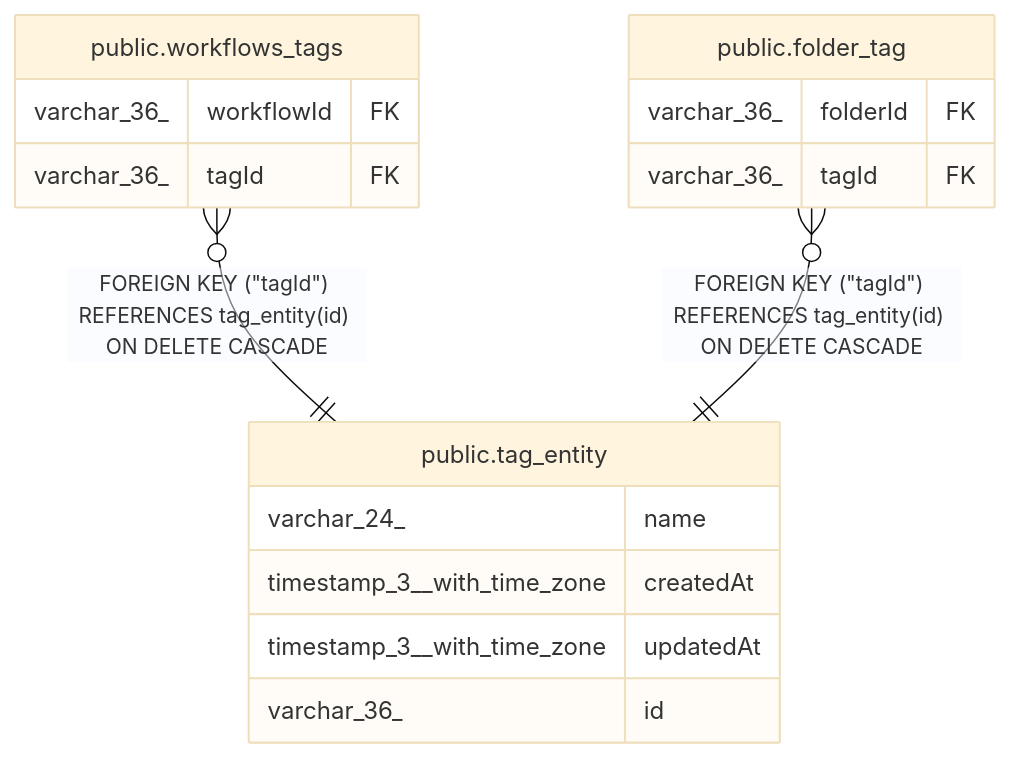
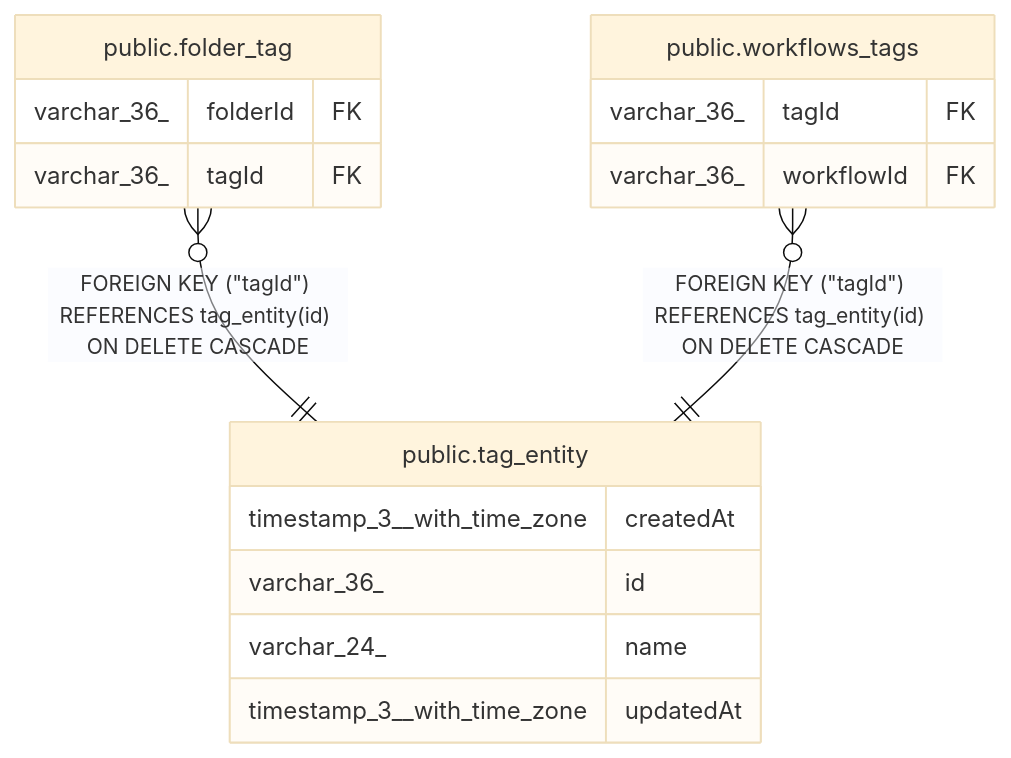
One commit to mayankjain1815-commits/n8n changed the diagram in docs/generated/postgres-schema/public.tag_entity.md. Above: the diagram before and after it, drawn with Mermaid (base theme). The commit also changed other lines of this file and 221 other files, not shown here.

Commit message:
chore(core): Make DB schema docs generation deterministic (#32373)

````diff
--- a/docs/generated/postgres-schema/public.tag_entity.md
+++ b/docs/generated/postgres-schema/public.tag_entity.md
@@ -32,21 +32,21 @@
 ```mermaid
 erDiagram
 
+"public.folder_tag" }o--|| "public.tag_entity" : "FOREIGN KEY (#quot;tagId#quot;) REFERENCES tag_entity(id) ON DELETE CASCADE"
 "public.workflows_tags" }o--|| "public.tag_entity" : "FOREIGN KEY (#quot;tagId#quot;) REFERENCES tag_entity(id) ON DELETE CASCADE"
-"public.folder_tag" }o--|| "public.tag_entity" : "FOREIGN KEY (#quot;tagId#quot;) REFERENCES tag_entity(id) ON DELETE CASCADE"
 
 "public.tag_entity" {
+  timestamp_3__with_time_zone createdAt
+  varchar_36_ id
   varchar_24_ name
-  timestamp_3__with_time_zone createdAt
   timestamp_3__with_time_zone updatedAt
-  varchar_36_ id
-}
-"public.workflows_tags" {
-  varchar_36_ workflowId FK
-  varchar_36_ tagId FK
 }
 "public.folder_tag" {
   varchar_36_ folderId FK
   varchar_36_ tagId FK
 }
+"public.workflows_tags" {
+  varchar_36_ tagId FK
+  varchar_36_ workflowId FK
+}
 ```
````
